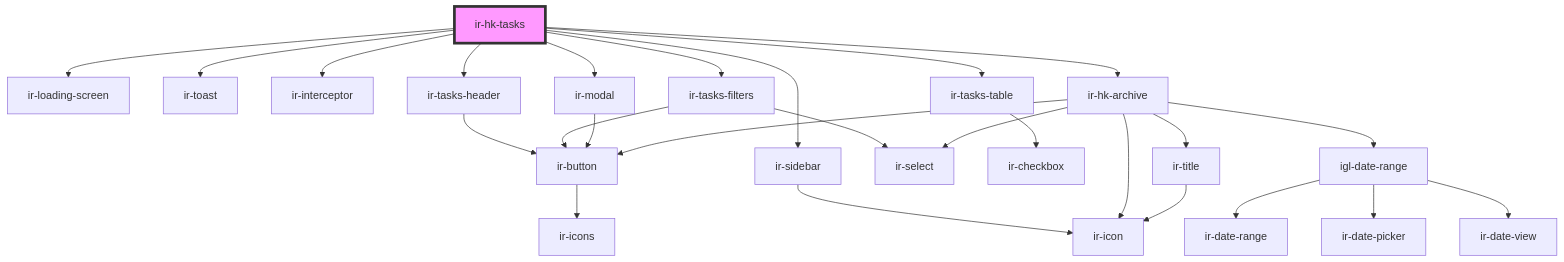
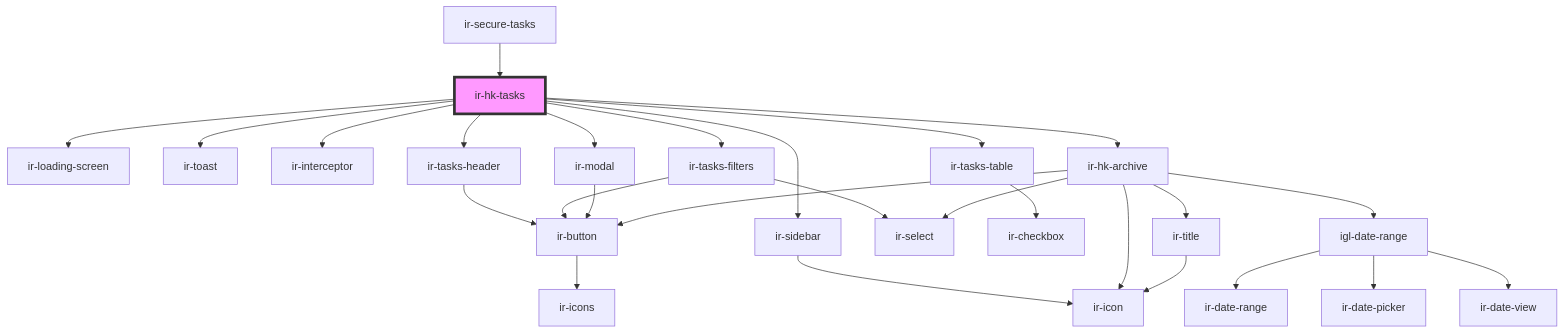
Before and after one commit to David1Chowaifaty/modified-ir-webcmp: the diagram in src/components/ir-housekeeping/ir-hk-tasks/readme.md, drawn with Mermaid. The commit also changed other lines of this file and 12 other files, not shown here.

````diff
--- a/src/components/ir-housekeeping/ir-hk-tasks/readme.md
+++ b/src/components/ir-housekeeping/ir-hk-tasks/readme.md
@@ -40,29 +44,30 @@
 ```mermaid
 graph TD;
   ir-hk-tasks --> ir-loading-screen
   ir-hk-tasks --> ir-toast
   ir-hk-tasks --> ir-interceptor
   ir-hk-tasks --> ir-tasks-header
   ir-hk-tasks --> ir-tasks-filters
   ir-hk-tasks --> ir-tasks-table
   ir-hk-tasks --> ir-modal
   ir-hk-tasks --> ir-sidebar
   ir-hk-tasks --> ir-hk-archive
   ir-tasks-header --> ir-button
   ir-button --> ir-icons
   ir-tasks-filters --> ir-button
   ir-tasks-filters --> ir-select
   ir-tasks-table --> ir-checkbox
   ir-modal --> ir-button
   ir-sidebar --> ir-icon
   ir-hk-archive --> ir-title
   ir-hk-archive --> ir-select
   ir-hk-archive --> igl-date-range
   ir-hk-archive --> ir-icon
   ir-hk-archive --> ir-button
   ir-title --> ir-icon
   igl-date-range --> ir-date-range
   igl-date-range --> ir-date-picker
   igl-date-range --> ir-date-view
+  ir-secure-tasks --> ir-hk-tasks
   style ir-hk-tasks fill:#f9f,stroke:#333,stroke-width:4px
 ```
````
